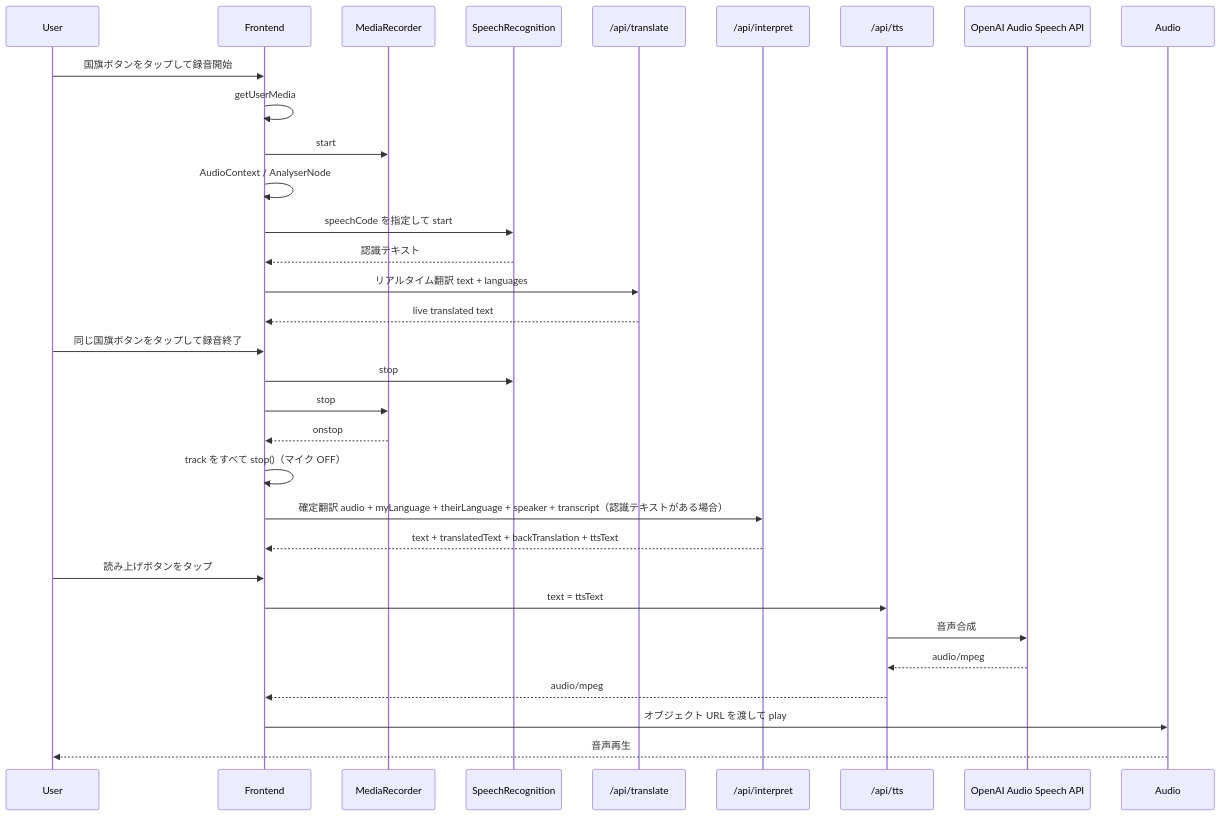
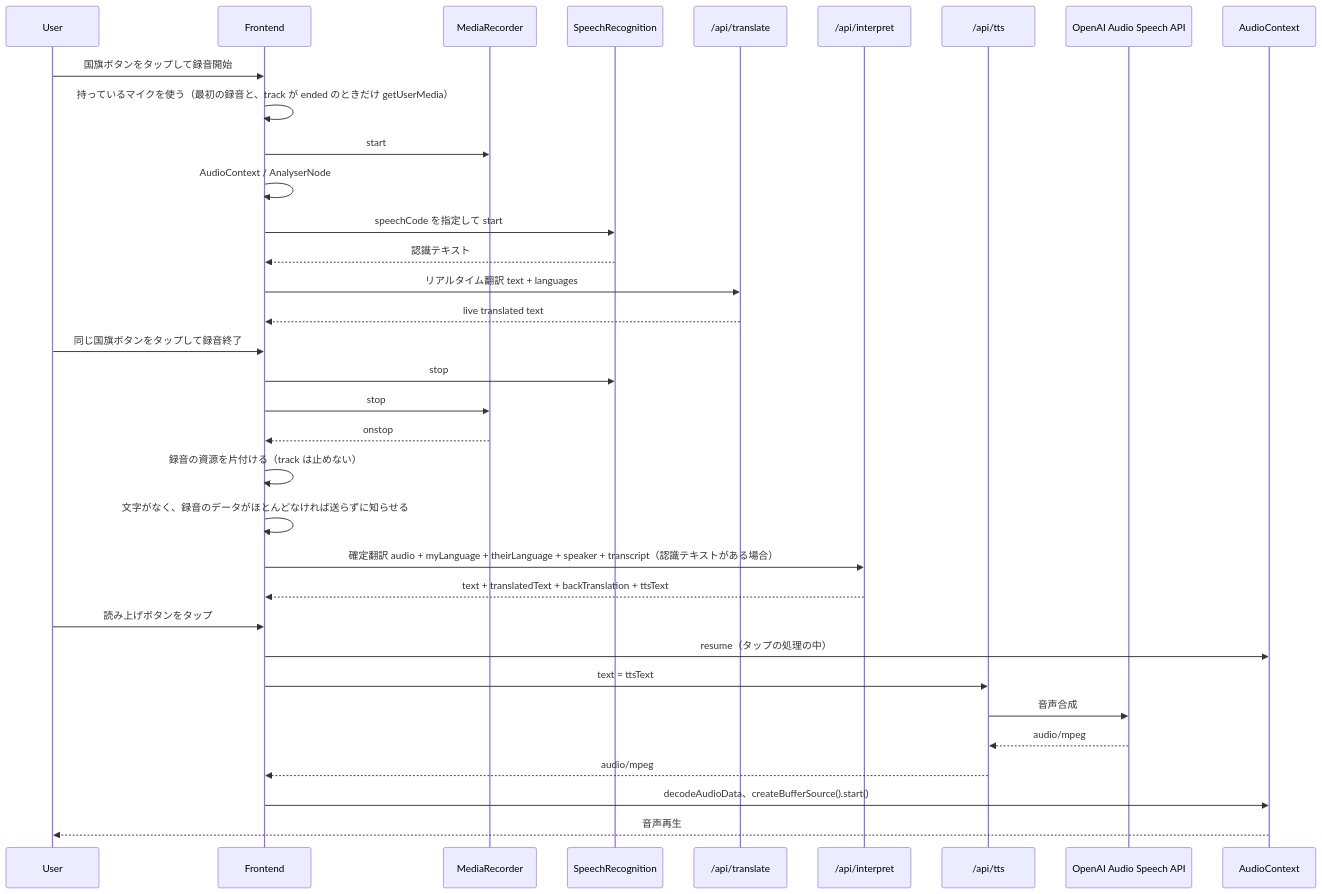
Before and after one commit to shin-arita/gotalk: the first of 2 diagrams in docs/speech-flow.md, drawn with Mermaid. The commit also changed other lines of this file and 22 other files, not shown here.

First line of the commit message:
マイクを開いたまま使い回し、読み上げを AudioContext で鳴らし、マイクの音が来ないときに知らせる (#33)

````diff
--- a/docs/speech-flow.md
+++ b/docs/speech-flow.md
@@ -21,35 +21,37 @@
 ```mermaid
 sequenceDiagram
   participant User as User
   participant FE as Frontend
   participant MR as MediaRecorder
   participant SR as SpeechRecognition
   participant TR as /api/translate
   participant IN as /api/interpret
   participant TTSAPI as /api/tts
   participant Speech as OpenAI Audio Speech API
-  participant Audio as Audio
+  participant Audio as AudioContext
 
   User->>FE: 国旗ボタンをタップして録音開始
-  FE->>FE: getUserMedia
+  FE->>FE: 持っているマイクを使う（最初の録音と、track が ended のときだけ getUserMedia）
   FE->>MR: start
   FE->>FE: AudioContext / AnalyserNode
   FE->>SR: speechCode を指定して start
   SR-->>FE: 認識テキスト
   FE->>TR: リアルタイム翻訳 text + languages
   TR-->>FE: live translated text
   User->>FE: 同じ国旗ボタンをタップして録音終了
   FE->>SR: stop
   FE->>MR: stop
   MR-->>FE: onstop
-  FE->>FE: track をすべて stop()（マイク OFF）
+  FE->>FE: 録音の資源を片付ける（track は止めない）
+  FE->>FE: 文字がなく、録音のデータがほとんどなければ送らずに知らせる
   FE->>IN: 確定翻訳 audio + myLanguage + theirLanguage + speaker + transcript（認識テキストがある場合）
   IN-->>FE: text + translatedText + backTranslation + ttsText
   User->>FE: 読み上げボタンをタップ
+  FE->>Audio: resume（タップの処理の中）
   FE->>TTSAPI: text = ttsText
   TTSAPI->>Speech: 音声合成
   Speech-->>TTSAPI: audio/mpeg
   TTSAPI-->>FE: audio/mpeg
-  FE->>Audio: オブジェクト URL を渡して play
+  FE->>Audio: decodeAudioData、createBufferSource().start()
   Audio-->>User: 音声再生
 ```
````
